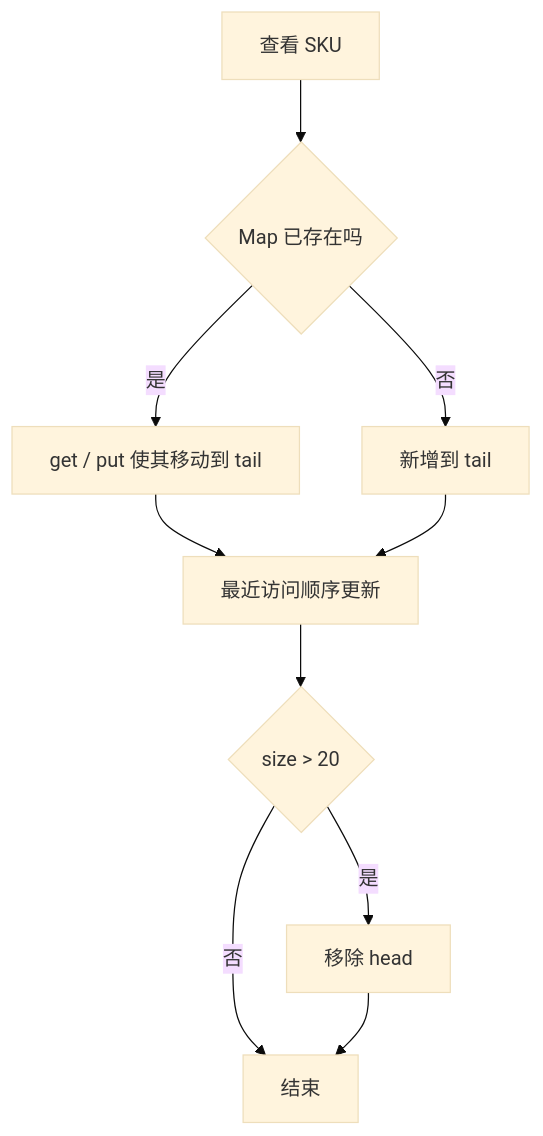
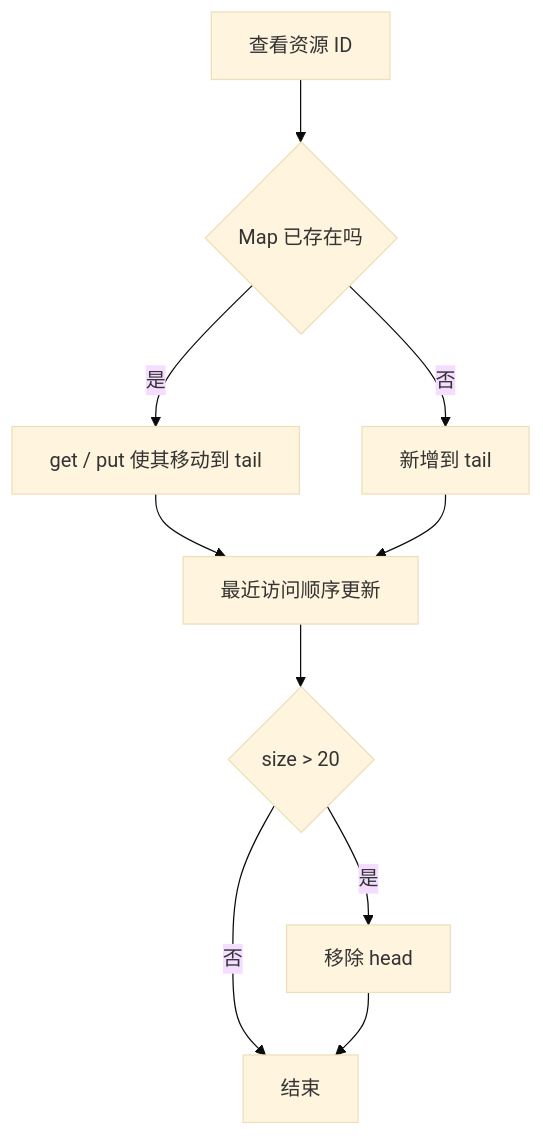
One commit to xuegucheng/java-tech-review changed diagram 39 of 49 in 02-集合框架/02-深度解析/LinkedHashMap与LRU缓存.md. Above: the diagram before and after it, drawn with Mermaid (base theme). The commit also changed other lines of this file and 33 other files, not shown here.

````diff
--- a/02-集合框架/02-深度解析/LinkedHashMap与LRU缓存.md
+++ b/02-集合框架/02-深度解析/LinkedHashMap与LRU缓存.md
@@ -1741,12 +1741,12 @@
 ```mermaid
 flowchart TD
-    A[查看 SKU] --> B{Map 已存在吗}
+    A[查看资源 ID] --> B{Map 已存在吗}
     B -- 是 --> C[get / put 使其移动到 tail]
     B -- 否 --> D[新增到 tail]
     C --> E[最近访问顺序更新]
     D --> E
     E --> F{size > 20}
     F -- 是 --> G[移除 head]
     F -- 否 --> H[结束]
     G --> H
 ```
````
